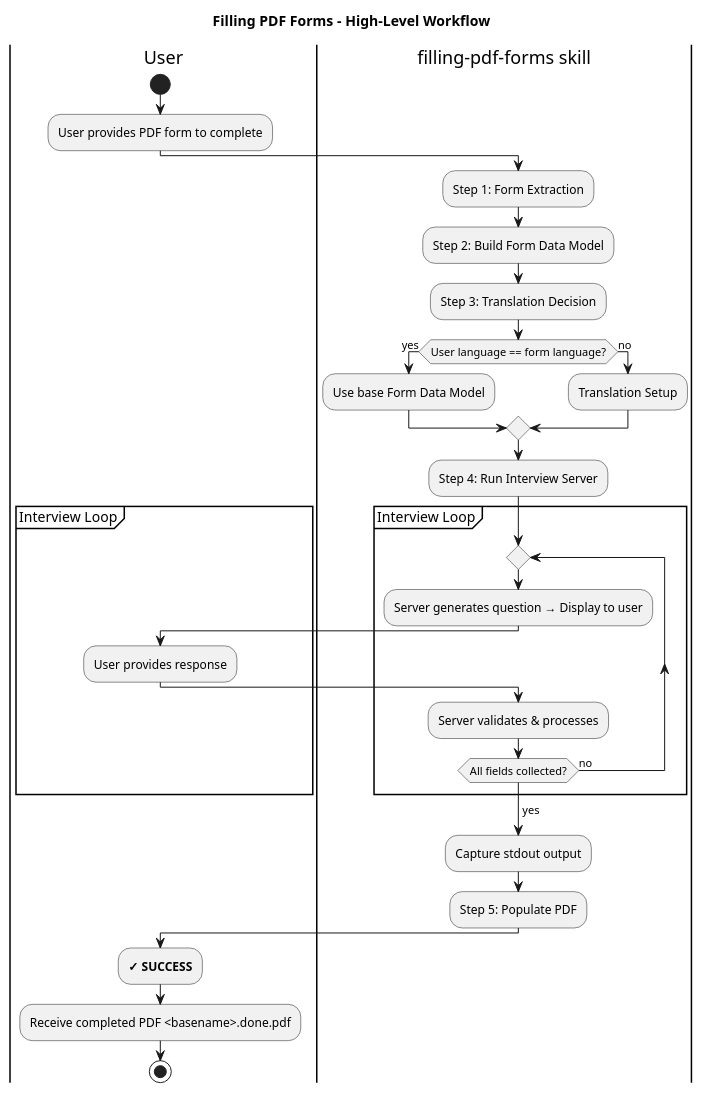
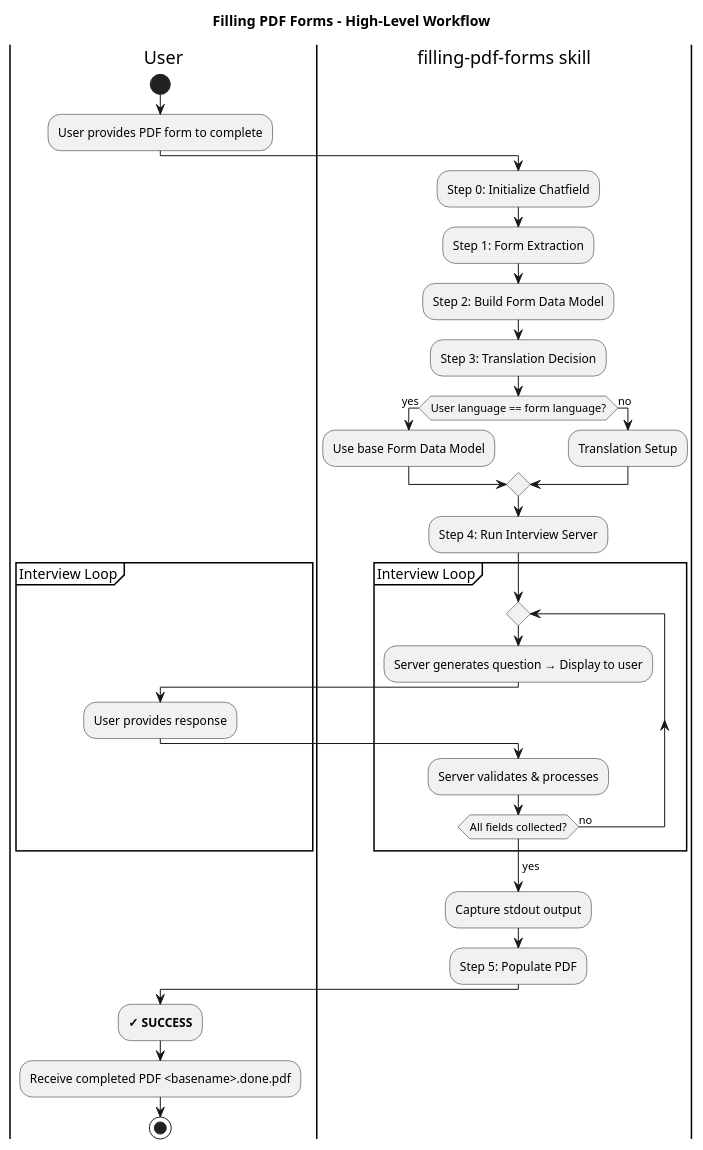
Before and after one commit to jhs/Chatfield: the diagram in Claude/filling-pdf-forms/skills/filling-pdf-forms/SKILL.md, drawn with PlantUML. The commit also changed other lines of this file, not shown here.

Commit message:
Install chatfield using its wheel, from the skill

````diff
--- a/Claude/filling-pdf-forms/skills/filling-pdf-forms/SKILL.md
+++ b/Claude/filling-pdf-forms/skills/filling-pdf-forms/SKILL.md
@@ -19,47 +19,49 @@
 ```plantuml
 @startuml SKILL
 
 title Filling PDF Forms - High-Level Workflow
 
 |User|
 start
 :User provides PDF form to complete;
 
 |filling-pdf-forms skill|
+
+:Step 0: Initialize Chatfield;
 
 :Step 1: Form Extraction;
 
 :Step 2: Build Form Data Model;
 
 :Step 3: Translation Decision;
 
 if (User language == form language?) then (yes)
   :Use base Form Data Model;
 else (no)
   :Translation Setup;
 endif
 
 :Step 4: Run Interview Server;
 
 partition "Interview Loop" {
   repeat
     :Server generates question → Display to user;
     |User|
     :User provides response;
     |filling-pdf-forms skill|
     :Server validates & processes;
   repeat while (All fields collected?) is (no)
   ->yes;
 }
 
 :Capture stdout output;
 
 :Step 5: Populate PDF;
 
 |User|
 :**✓ SUCCESS**;
 :Receive completed PDF <basename>.done.pdf;
 stop
 
 @enduml
 ```
````
